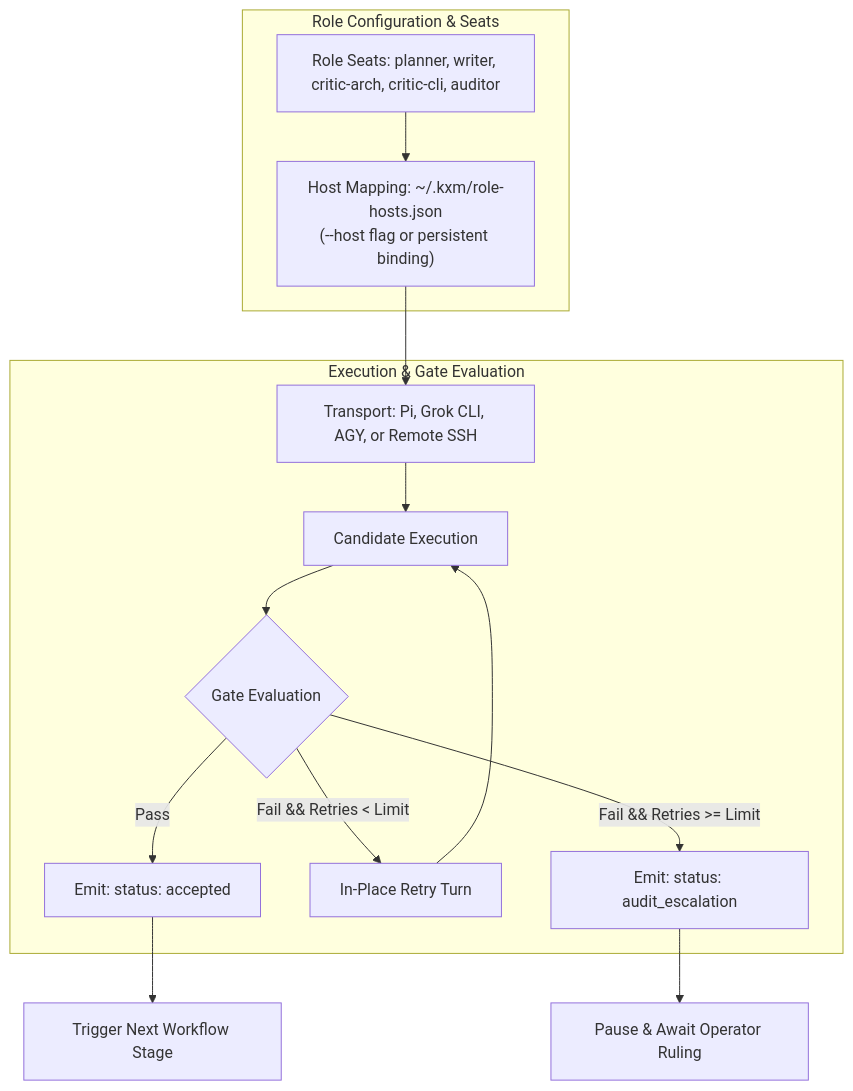
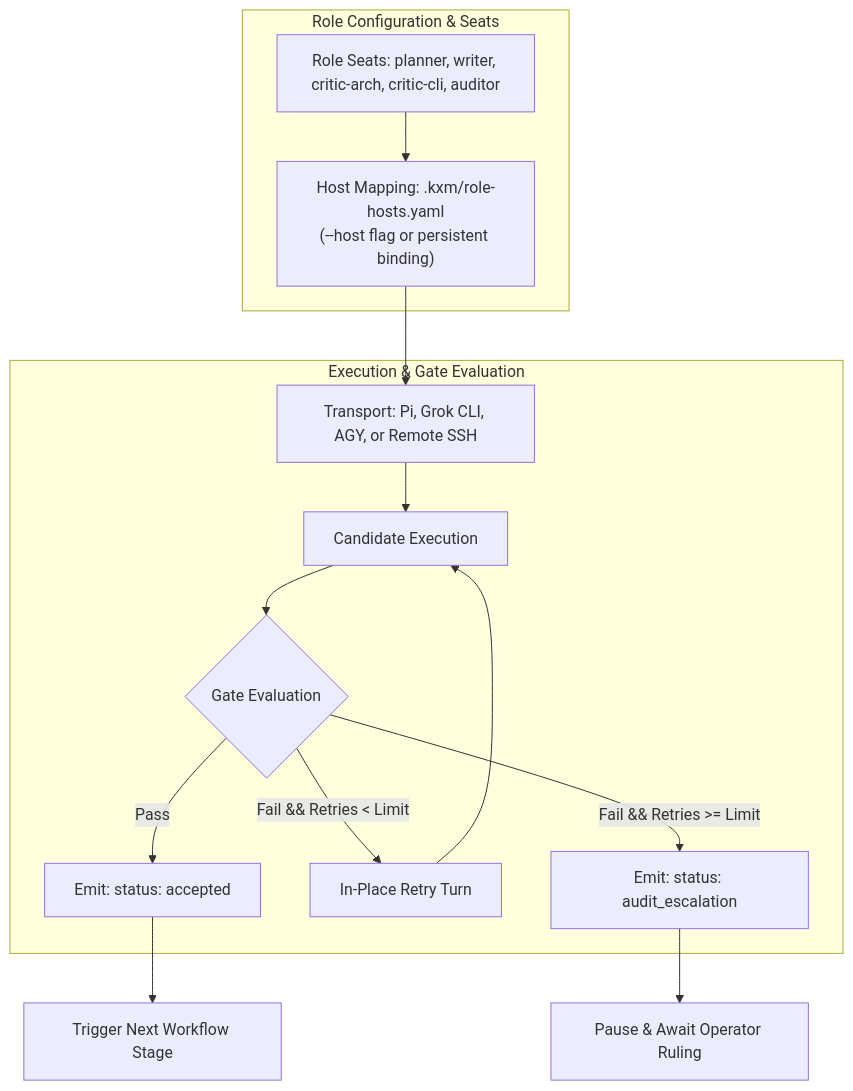
Before and after one commit to kontextmind/kxm: the diagram in plans/plan-role-configuration-governance.md, drawn with Mermaid. The commit also changed other lines of this file and 10 other files, not shown here.

First line of the commit message:
feat(role-governance): implement role hosts, seat bindings, and audit escalation resume (#192)

````diff
--- a/plans/plan-role-configuration-governance.md
+++ b/plans/plan-role-configuration-governance.md
@@ -45,21 +45,21 @@
 ```mermaid
 flowchart TD
     subgraph RoleConfig["Role Configuration & Seats"]
         Seats[Role Seats: planner, writer, critic-arch, critic-cli, auditor]
-        HostMap["Host Mapping: ~/.kxm/role-hosts.json<br/>(--host flag or persistent binding)"]
+        HostMap["Host Mapping: .kxm/role-hosts.yaml<br/>(--host flag or persistent binding)"]
         Seats --> HostMap
     end
 
     subgraph Execution["Execution & Gate Evaluation"]
         HostMap --> Transport[Transport: Pi, Grok CLI, AGY, or Remote SSH]
         Transport --> Candidate[Candidate Execution]
         Candidate --> GateEval{Gate Evaluation}
         GateEval -->|Pass| Accepted[Emit: status: accepted]
         GateEval -->|Fail && Retries < Limit| Retry[In-Place Retry Turn]
         Retry --> Candidate
         GateEval -->|Fail && Retries >= Limit| Escalate[Emit: status: audit_escalation]
     end
 
     Accepted --> Downstream[Trigger Next Workflow Stage]
     Escalate --> OperatorWait[Pause & Await Operator Ruling]
 ```
````
